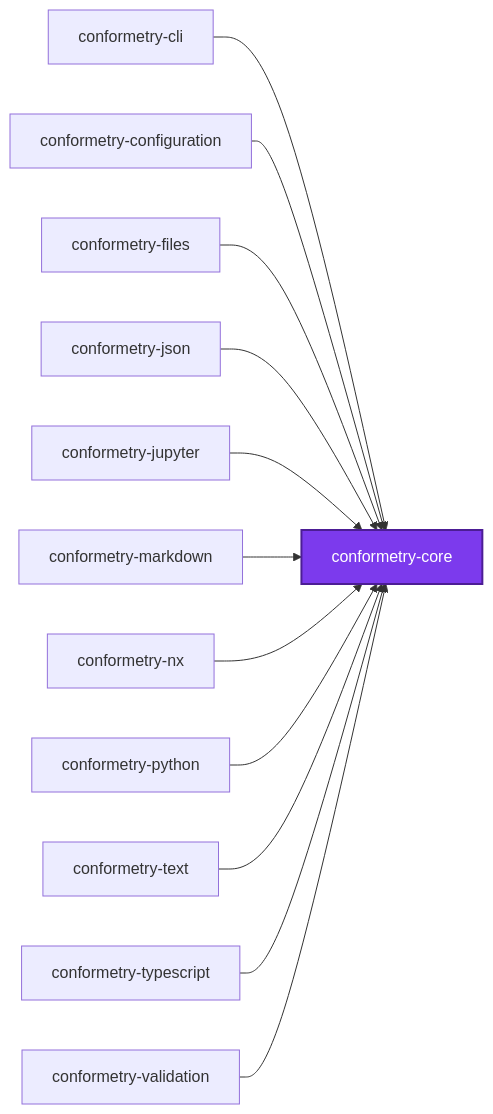
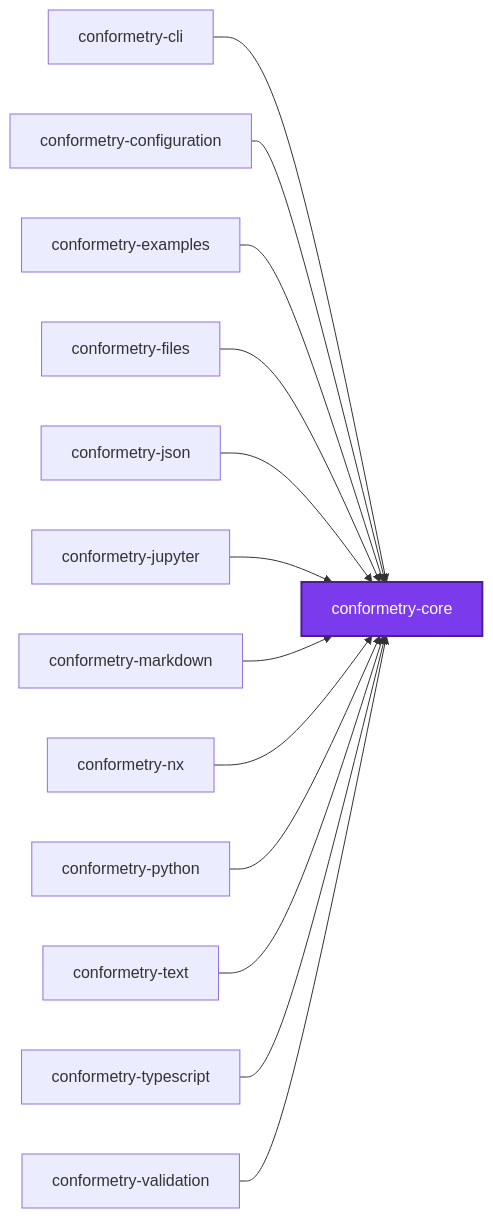
The first of 3 diagrams in packages/conformetry-core/README.md (JimmyPaolini/codebase), drawn with Mermaid before and after one commit. The commit also changed 25 other files, not shown here.

````diff
--- a/packages/conformetry-core/README.md
+++ b/packages/conformetry-core/README.md
@@ -183,28 +183,30 @@
 ```mermaid
 graph LR
   conformetry_cli["conformetry-cli"]
   conformetry_configuration["conformetry-configuration"]
   conformetry_core["conformetry-core"]
+  conformetry_examples["conformetry-examples"]
   conformetry_files["conformetry-files"]
   conformetry_json["conformetry-json"]
   conformetry_jupyter["conformetry-jupyter"]
   conformetry_markdown["conformetry-markdown"]
   conformetry_nx["conformetry-nx"]
   conformetry_python["conformetry-python"]
   conformetry_text["conformetry-text"]
   conformetry_typescript["conformetry-typescript"]
   conformetry_validation["conformetry-validation"]
   conformetry_cli --> conformetry_core
   conformetry_configuration --> conformetry_core
+  conformetry_examples --> conformetry_core
   conformetry_files --> conformetry_core
   conformetry_json --> conformetry_core
   conformetry_jupyter --> conformetry_core
   conformetry_markdown --> conformetry_core
   conformetry_nx --> conformetry_core
   conformetry_python --> conformetry_core
   conformetry_text --> conformetry_core
   conformetry_typescript --> conformetry_core
   conformetry_validation --> conformetry_core
   classDef subject fill:#7c3aed,color:#fff,stroke:#4c1d95,stroke-width:2px
   class conformetry_core subject
 ```
````
